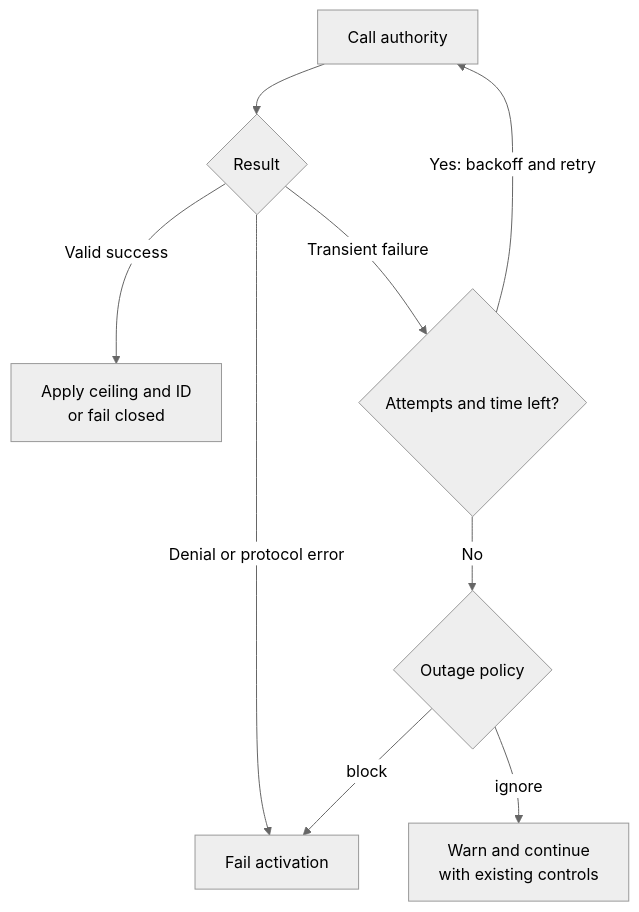
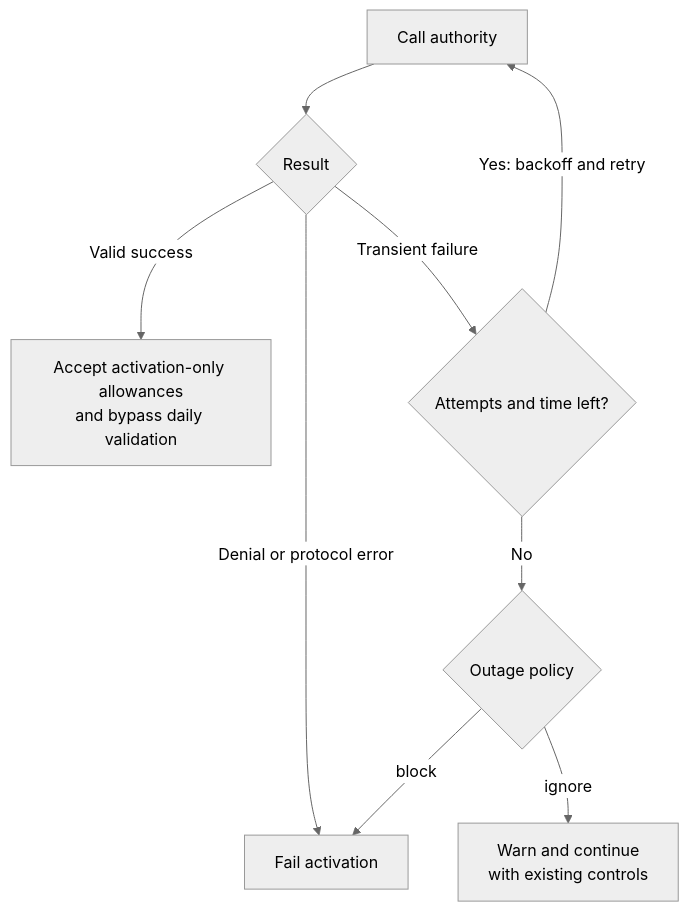
One commit to githubnext/gh-aw changed the fourth of 5 diagrams in docs/src/content/docs/specs/admission-service-specification.md. Above: the diagram before and after it, drawn with Mermaid (neutral theme). The commit also changed other lines of this file and 372 other files, not shown here.

First line of the commit message:
feat: add activation-only OIDC admission

````diff
--- a/docs/src/content/docs/specs/admission-service-specification.md
+++ b/docs/src/content/docs/specs/admission-service-specification.md
@@ -501,11 +507,11 @@
 ```mermaid
 flowchart TD
     A["Call authority"] --> R{"Result"}
-    R -->|Valid success| C["Apply ceiling and ID<br/>or fail closed"]
+    R -->|Valid success| C["Accept activation-only allowances<br/>and bypass daily validation"]
     R -->|Denial or protocol error| B["Fail activation"]
     R -->|Transient failure| T{"Attempts and time left?"}
     T -->|Yes: backoff and retry| A
     T -->|No| P{"Outage policy"}
     P -->|ignore| I["Warn and continue<br/>with existing controls"]
     P -->|block| B
 ```
````
